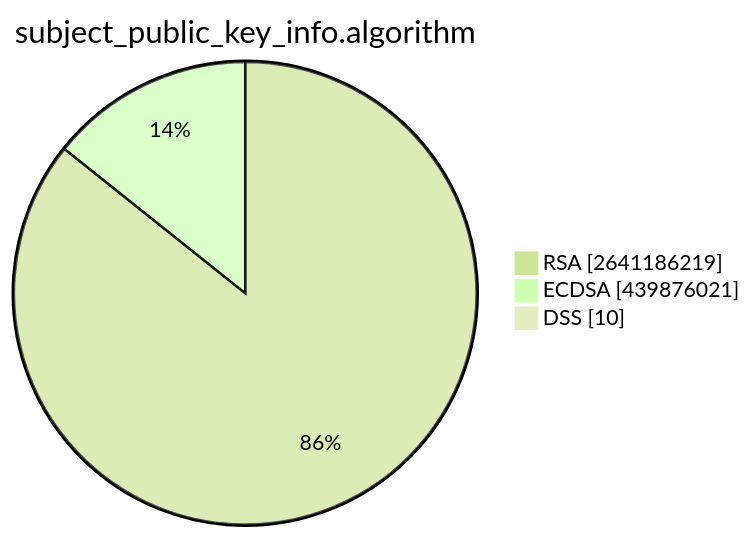
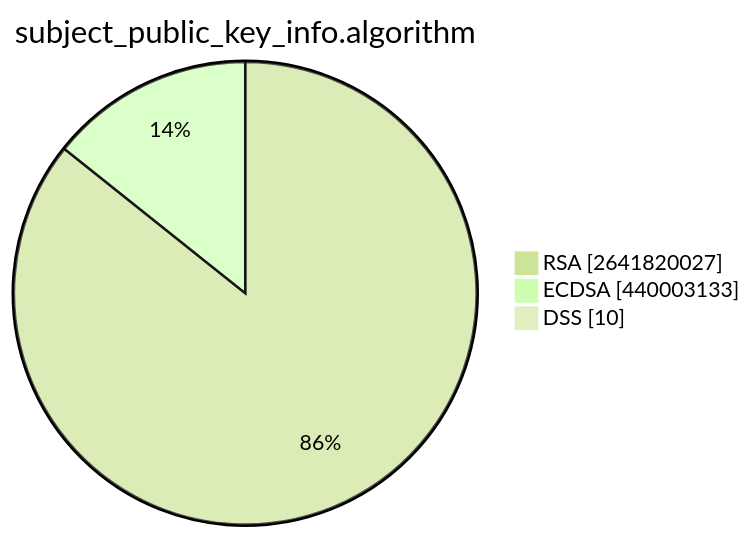
One commit to christiankrug/ctmonitor_visualization changed the second of 15 diagrams in TOTAL/README.md. Above: the diagram before and after it, drawn with Mermaid (forest theme). The commit also changed other lines of this file, not shown here.

````diff
--- a/TOTAL/README.md
+++ b/TOTAL/README.md
@@ -6,7 +6,7 @@
 ```mermaid
 pie showData
 title subject_public_key_info.algorithm
-"RSA" :2641186219
-"ECDSA" :439876021
+"RSA" :2641820027
+"ECDSA" :440003133
 "DSS" :10
 ```
````
